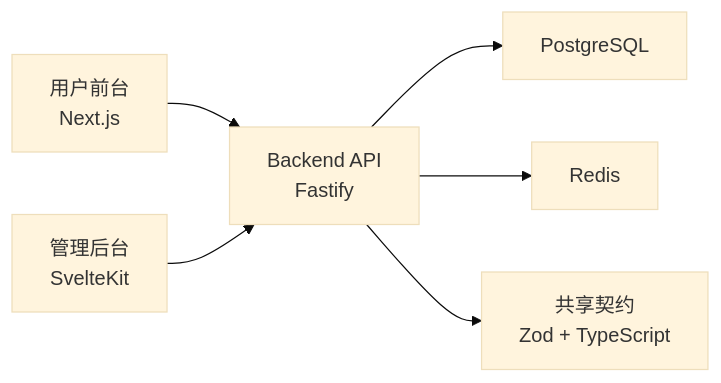
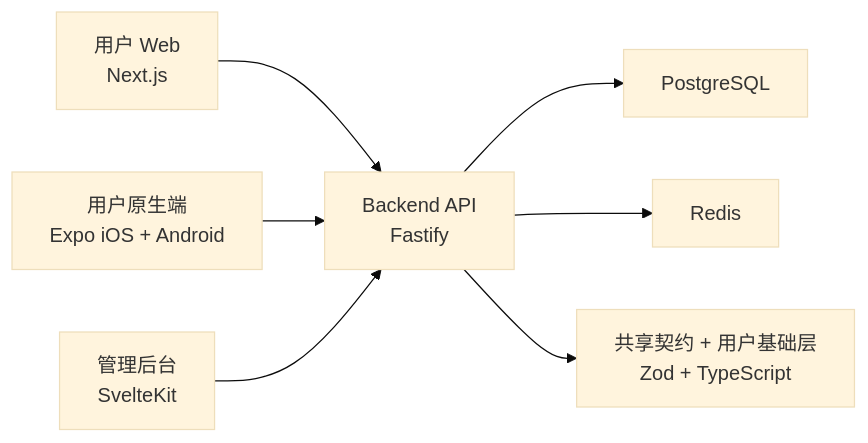
One commit to bzha0038au-ops/probabilistic-reward-distribution-system changed the diagram in README-cn.md. Above: the diagram before and after it, drawn with Mermaid (base theme). The commit also changed other lines of this file and 131 other files, not shown here.

````diff
--- a/README-cn.md
+++ b/README-cn.md
@@ -152,8 +172,9 @@
 ```mermaid
 flowchart LR
-    A["用户前台<br/>Next.js"] --> C["Backend API<br/>Fastify"]
-    B["管理后台<br/>SvelteKit"] --> C
+    A["用户 Web<br/>Next.js"] --> C["Backend API<br/>Fastify"]
+    B["用户原生端<br/>Expo iOS + Android"] --> C
+    G["管理后台<br/>SvelteKit"] --> C
     C --> D["PostgreSQL"]
     C --> E["Redis"]
-    C --> F["共享契约<br/>Zod + TypeScript"]
+    C --> F["共享契约 + 用户基础层<br/>Zod + TypeScript"]
 ```
````
